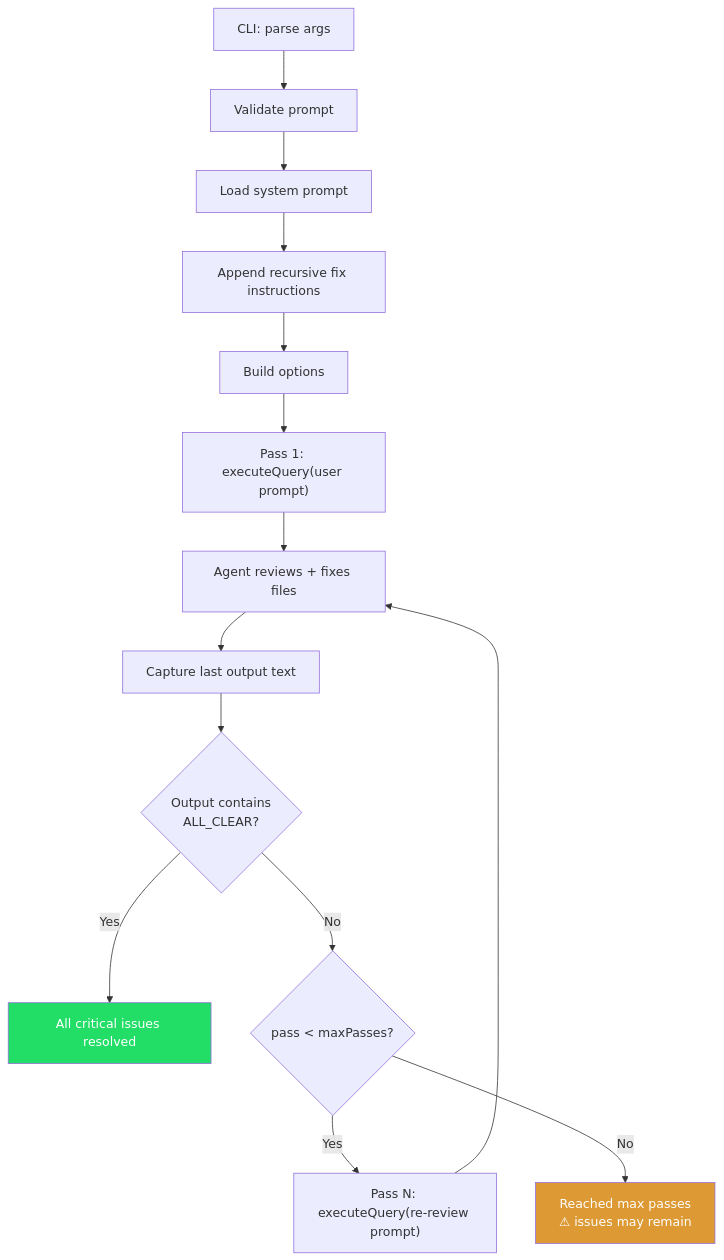
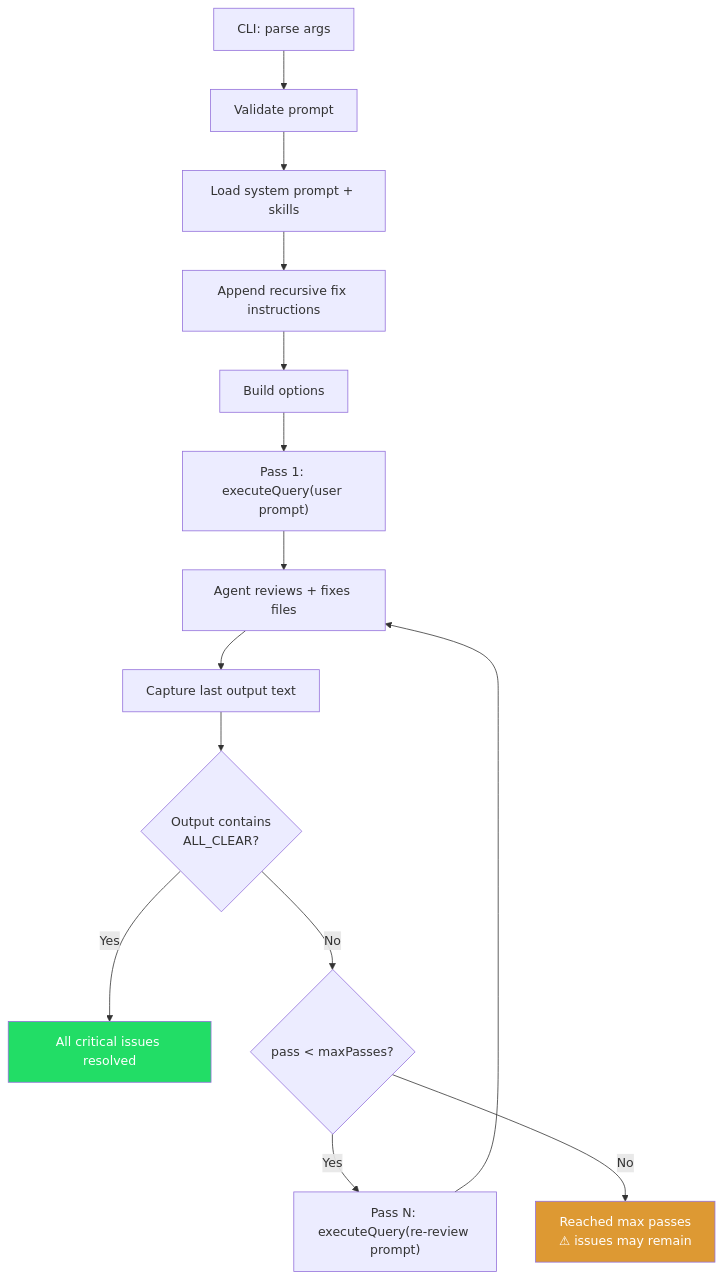
Before and after one commit to PaulBratslavsky/code-review-agent-cli: the second of 2 diagrams in README.md, drawn with Mermaid. The commit also changed other lines of this file and 8 other files, not shown here.

````diff
--- a/README.md
+++ b/README.md
@@ -225,21 +306,21 @@
 ```mermaid
 flowchart TD
     A[CLI: parse args] --> B[Validate prompt]
-    B --> C[Load system prompt]
+    B --> C[Load system prompt + skills]
     C --> D[Append recursive fix instructions]
     D --> E[Build options]
 
     E --> F["Pass 1: executeQuery(user prompt)"]
     F --> G[Agent reviews + fixes files]
     G --> H[Capture last output text]
 
     H --> I{Output contains\nALL_CLEAR?}
     I -- Yes --> J["All critical issues resolved"]
     I -- No --> K{pass < maxPasses?}
     K -- Yes --> L["Pass N: executeQuery(re-review prompt)"]
     L --> G
     K -- No --> M["Reached max passes\n⚠ issues may remain"]
 
     style J fill:#2d6,color:#fff
     style M fill:#d93,color:#fff
 ```
````
